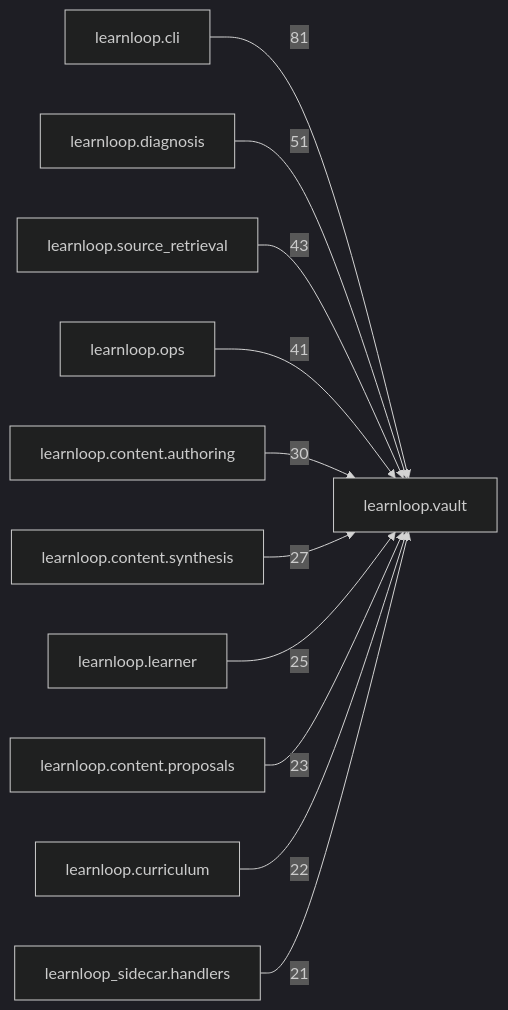
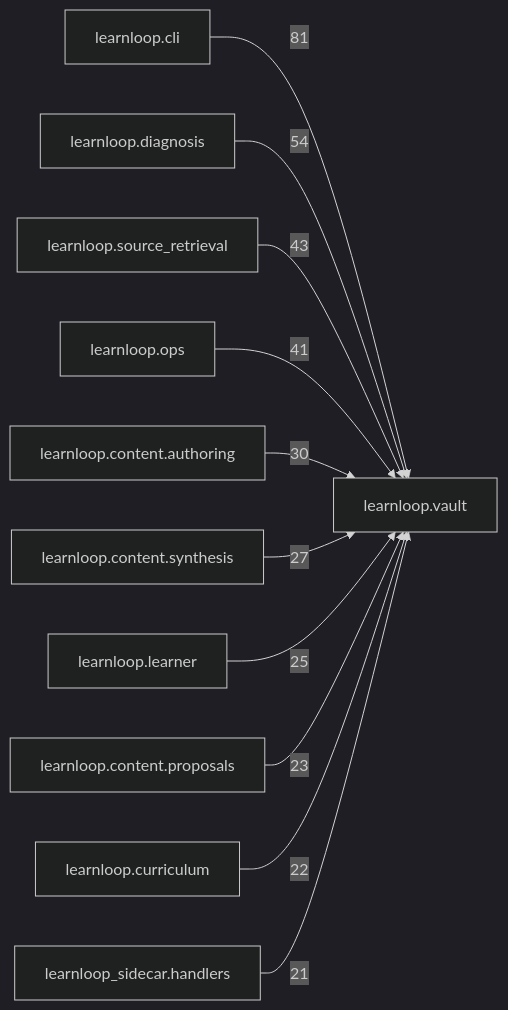
One commit to 6up-b/learnanything changed the diagram in docs/learnloop-architecture-vault/Reference/Modules/learnloop/vault/_package.md. Above: the diagram before and after it, drawn with Mermaid (dark theme). The commit also changed other lines of this file and 63 other files, not shown here.

````diff
--- a/docs/learnloop-architecture-vault/Reference/Modules/learnloop/vault/_package.md
+++ b/docs/learnloop-architecture-vault/Reference/Modules/learnloop/vault/_package.md
@@ -137,24 +137,24 @@
 ```mermaid
 flowchart LR
     center["learnloop.vault"]
     n_learnloop_cli["learnloop.cli"]
     n_learnloop_diagnosis["learnloop.diagnosis"]
     n_learnloop_source_retrieval["learnloop.source_retrieval"]
     n_learnloop_ops["learnloop.ops"]
     n_learnloop_content_authoring["learnloop.content.authoring"]
     n_learnloop_content_synthesis["learnloop.content.synthesis"]
     n_learnloop_learner["learnloop.learner"]
     n_learnloop_content_proposals["learnloop.content.proposals"]
     n_learnloop_curriculum["learnloop.curriculum"]
     n_learnloop_sidecar_handlers["learnloop_sidecar.handlers"]
     n_learnloop_cli -->|81| center
-    n_learnloop_diagnosis -->|51| center
+    n_learnloop_diagnosis -->|54| center
     n_learnloop_source_retrieval -->|43| center
     n_learnloop_ops -->|41| center
     n_learnloop_content_authoring -->|30| center
     n_learnloop_content_synthesis -->|27| center
     n_learnloop_learner -->|25| center
     n_learnloop_content_proposals -->|23| center
     n_learnloop_curriculum -->|22| center
     n_learnloop_sidecar_handlers -->|21| center
 ```
````
